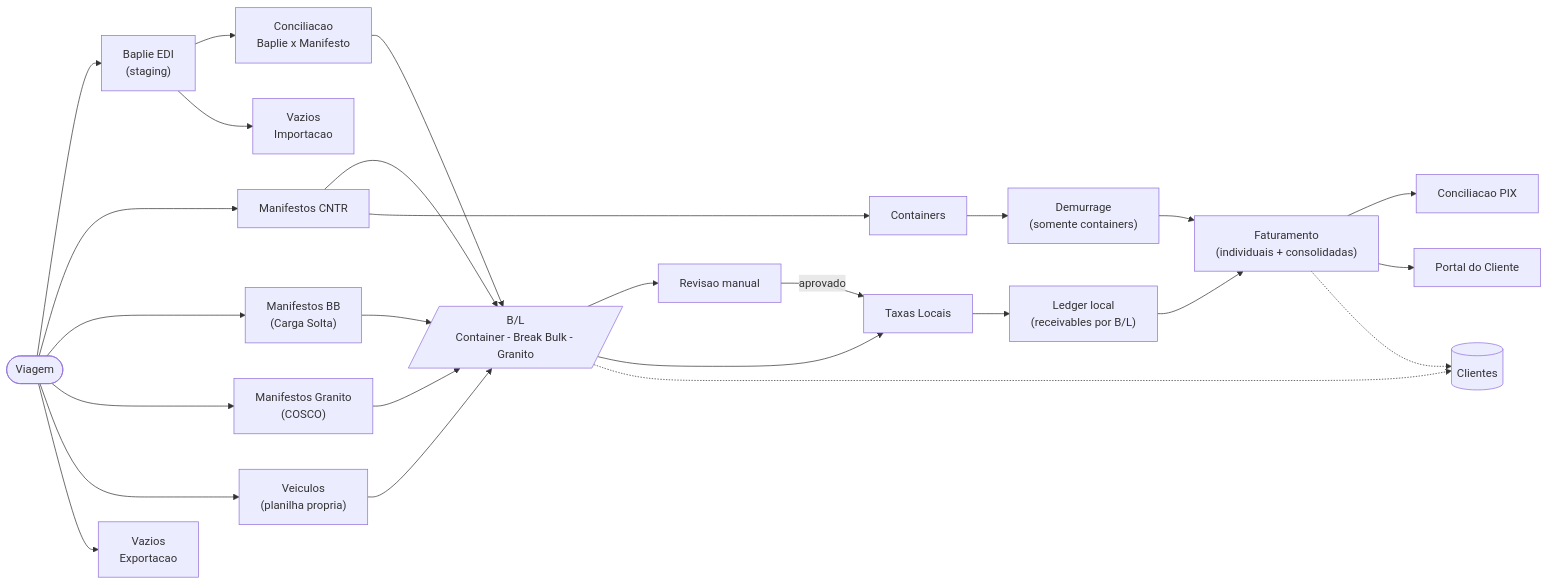
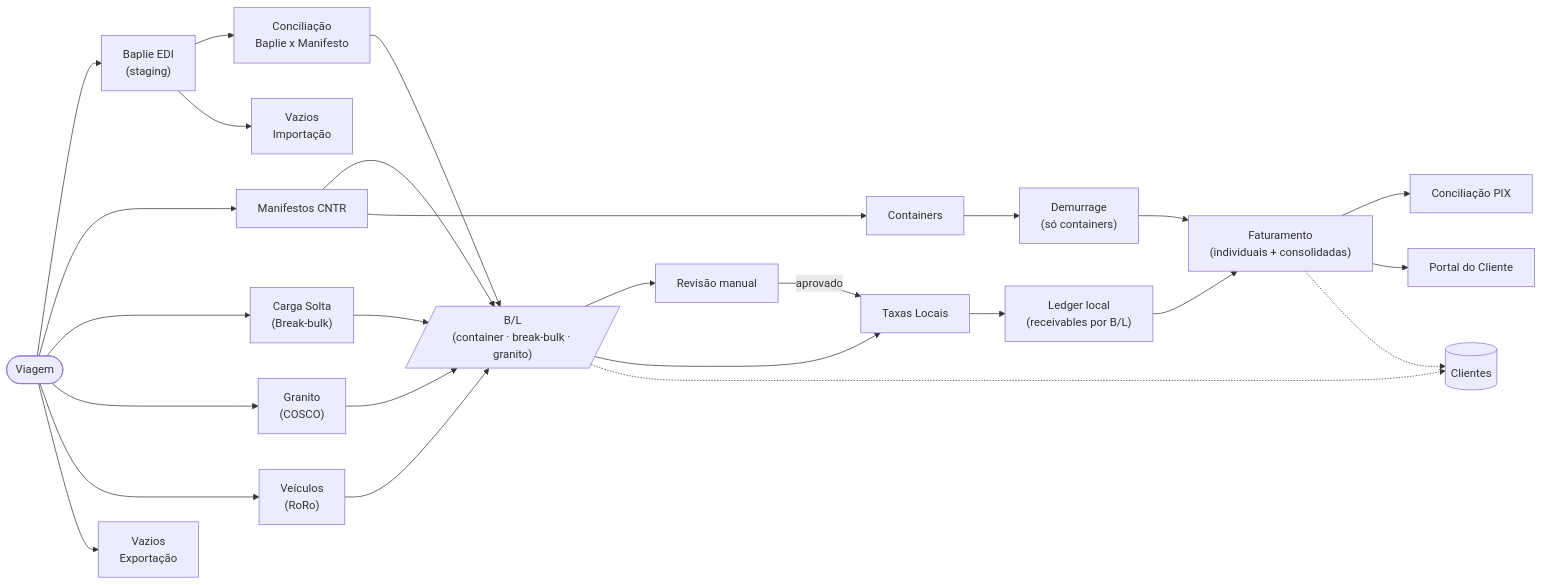
The diagram in docs/ARCHITECTURE.md (luccafwlog/transhippingdesk), drawn with Mermaid before and after one commit. The commit also changed other lines of this file and 99 other files, not shown here.

````diff
--- a/docs/ARCHITECTURE.md
+++ b/docs/ARCHITECTURE.md
@@ -9,36 +52,36 @@
 ```mermaid
 flowchart LR
     Viagem(["Viagem"])
 
     Viagem --> BaplieEDI["Baplie EDI<br/>(staging)"]
-    BaplieEDI --> ConcilBaplie["Conciliacao<br/>Baplie x Manifesto"]
-    BaplieEDI --> VaziosIMP["Vazios<br/>Importacao"]
+    BaplieEDI --> ConcilBaplie["Conciliação<br/>Baplie x Manifesto"]
+    BaplieEDI --> VaziosIMP["Vazios<br/>Importação"]
 
     Viagem --> ManifCNTR["Manifestos CNTR"]
-    Viagem --> ManifBB["Manifestos BB<br/>(Carga Solta)"]
-    Viagem --> ManifGranito["Manifestos Granito<br/>(COSCO)"]
-    Viagem --> Veiculos["Veiculos<br/>(planilha propria)"]
-    Viagem --> VaziosEXP["Vazios<br/>Exportacao"]
+    Viagem --> ManifBB["Carga Solta<br/>(Break-bulk)"]
+    Viagem --> ManifGranito["Granito<br/>(COSCO)"]
+    Viagem --> Veiculos["Veículos<br/>(RoRo)"]
+    Viagem --> VaziosEXP["Vazios<br/>Exportação"]
 
-    ConcilBaplie --> BL[/"B/L<br/>Container - Break Bulk - Granito"/]
+    ConcilBaplie --> BL[/"B/L<br/>(container · break-bulk · granito)"/]
     ManifCNTR --> BL
     ManifBB --> BL
     ManifGranito --> BL
     Veiculos --> BL
     ManifCNTR --> Containers["Containers"]
 
-    BL --> Revisao["Revisao manual"]
-    BL --> TaxasLocais["Taxas Locais"]
-    Revisao -- aprovado --> TaxasLocais
-    Containers --> Demurrage["Demurrage<br/>(somente containers)"]
+    BL --> Revisao["Revisão manual"]
+    Revisao -- aprovado --> TaxasLocais["Taxas Locais"]
+    BL --> TaxasLocais
+    Containers --> Demurrage["Demurrage<br/>(só containers)"]
 
     TaxasLocais --> Ledger["Ledger local<br/>(receivables por B/L)"]
     Ledger --> Faturamento["Faturamento<br/>(individuais + consolidadas)"]
     Demurrage --> Faturamento
-    Faturamento --> ConcilPIX["Conciliacao PIX"]
+    Faturamento --> ConcilPIX["Conciliação PIX"]
     Faturamento --> Portal["Portal do Cliente"]
 
     Clientes[("Clientes")]
     BL -.-> Clientes
     Faturamento -.-> Clientes
 ```
````
